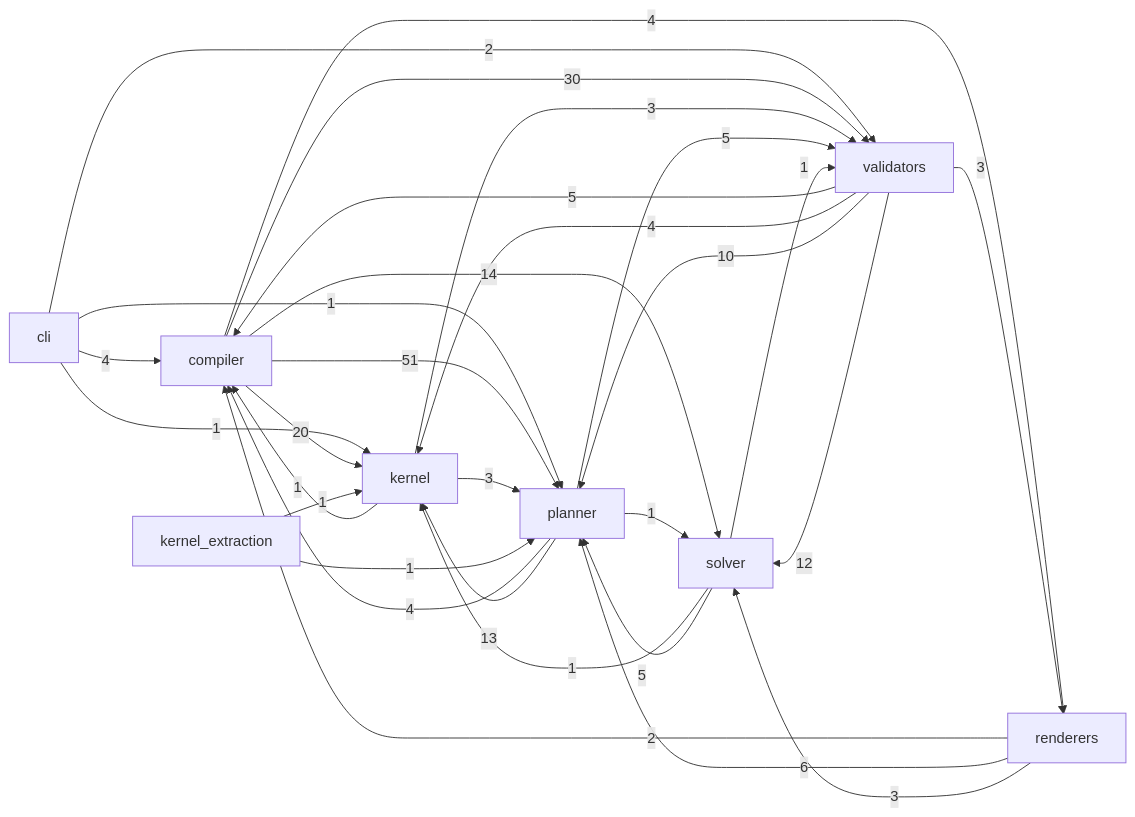
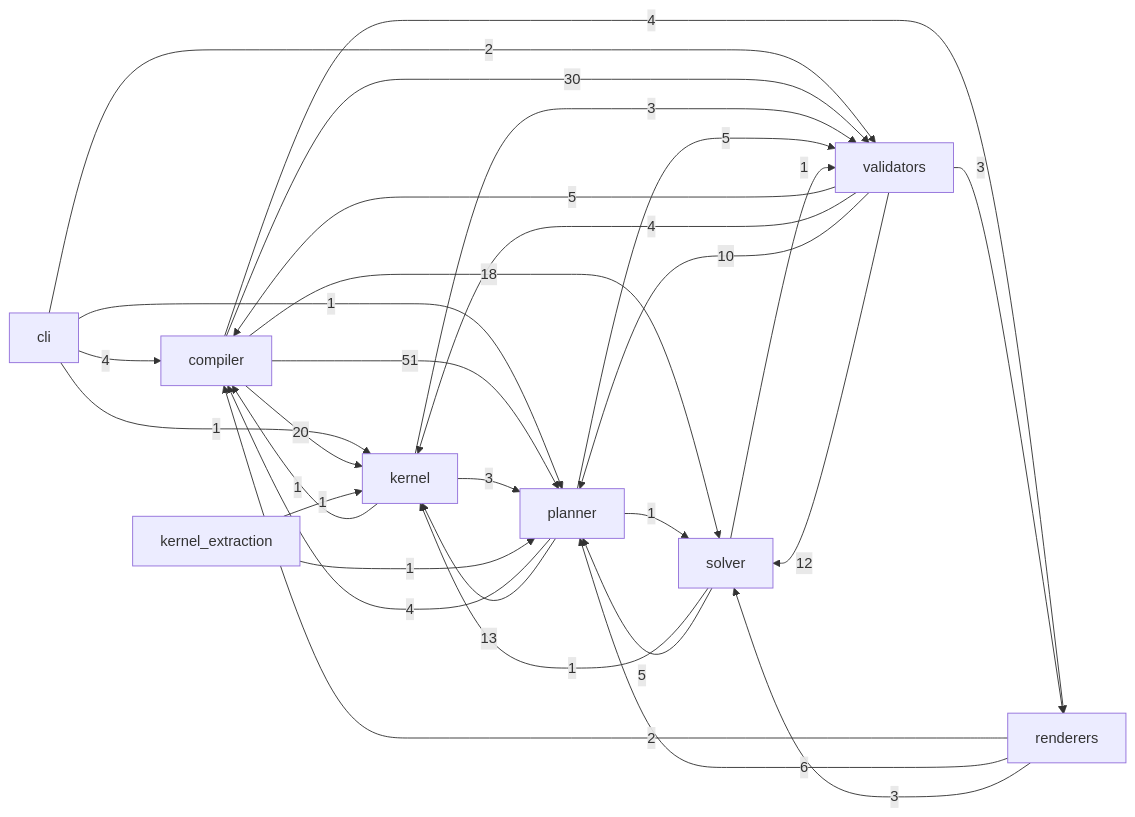
The diagram in docs/reference/code.md (Kingsley-Cyber/cinematic-compiler-core), drawn with Mermaid before and after one commit. The commit also changed other lines of this file and 10 other files, not shown here.

````diff
--- a/docs/reference/code.md
+++ b/docs/reference/code.md
@@ -15,32 +15,32 @@
 ```mermaid
 flowchart LR
   cli -->|4| compiler
   cli -->|1| kernel
   cli -->|1| planner
   cli -->|2| validators
   compiler -->|20| kernel
   compiler -->|51| planner
   compiler -->|4| renderers
-  compiler -->|14| solver
+  compiler -->|18| solver
   compiler -->|30| validators
   kernel -->|1| compiler
   kernel -->|3| planner
   kernel -->|3| validators
   kernel_extraction -->|1| kernel
   kernel_extraction -->|1| planner
   planner -->|4| compiler
   planner -->|13| kernel
   planner -->|1| solver
   planner -->|5| validators
   renderers -->|2| compiler
   renderers -->|6| planner
   renderers -->|3| solver
   solver -->|1| kernel
   solver -->|5| planner
   solver -->|1| validators
   validators -->|5| compiler
   validators -->|4| kernel
   validators -->|10| planner
   validators -->|3| renderers
   validators -->|12| solver
 ```
````
